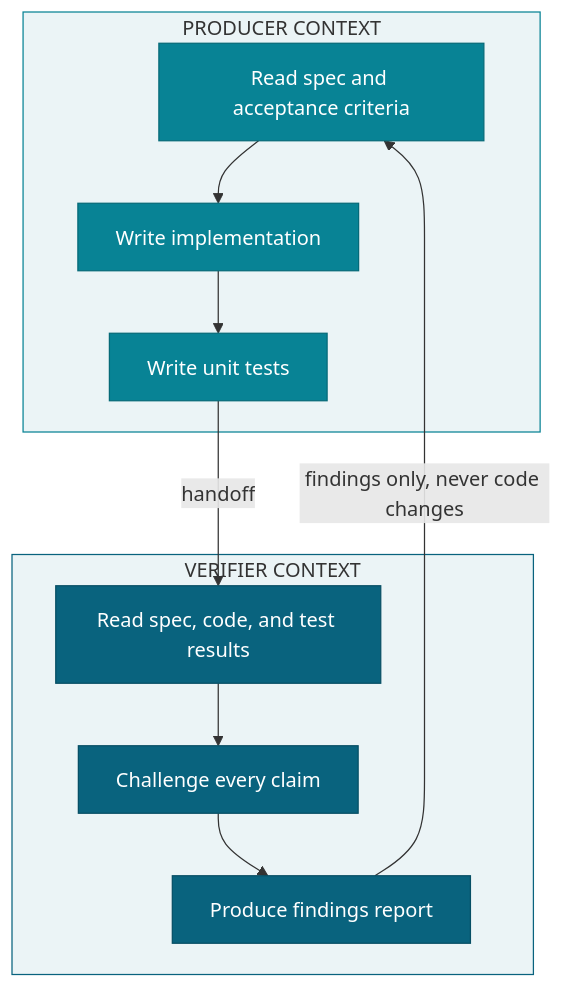
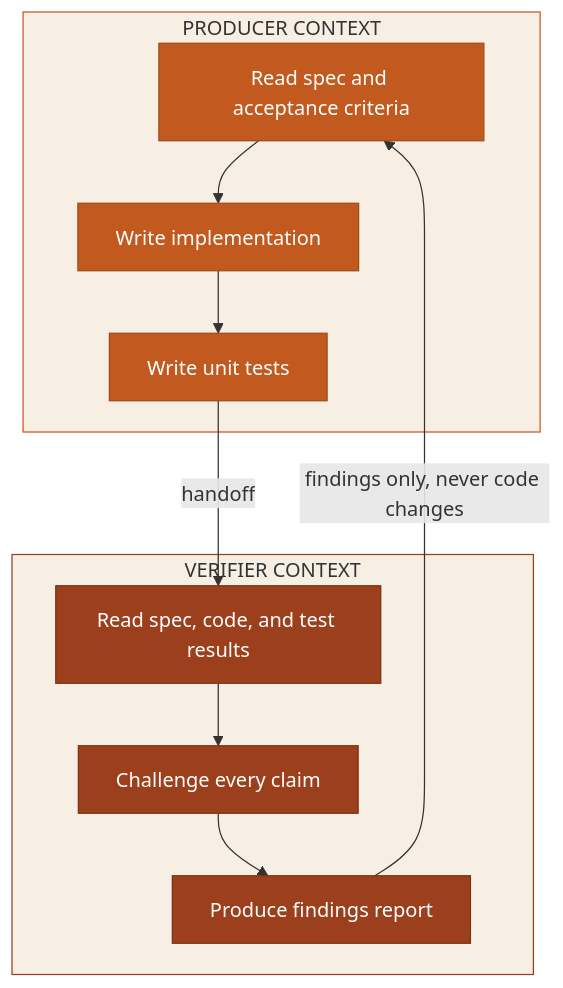
One commit to iamsteveholmes/momentum changed the second of 4 diagrams in docs/philosophy.md. Above: the diagram before and after it, drawn with Mermaid. The commit also changed other lines of this file and 4 other files, not shown here.

````diff
--- a/docs/philosophy.md
+++ b/docs/philosophy.md
@@ -37,28 +37,28 @@
 ```mermaid
 graph TD
     subgraph producer ["PRODUCER CONTEXT"]
         P1["Read spec and acceptance criteria"]
         P2["Write implementation"]
         P3["Write unit tests"]
         P1 --> P2 --> P3
     end
 
     subgraph verifier ["VERIFIER CONTEXT"]
         V1["Read spec, code, and test results"]
         V2["Challenge every claim"]
         V3["Produce findings report"]
         V1 --> V2 --> V3
     end
 
     P3 -- "handoff" --> V1
     V3 -- "findings only, never code changes" --> P1
 
-    style producer fill:#EBF4F6,stroke:#088395,color:#333
-    style verifier fill:#EBF4F6,stroke:#09637E,color:#333
-    style P1 fill:#088395,stroke:#066a78,color:#fff
-    style P2 fill:#088395,stroke:#066a78,color:#fff
-    style P3 fill:#088395,stroke:#066a78,color:#fff
-    style V1 fill:#09637E,stroke:#074f65,color:#fff
-    style V2 fill:#09637E,stroke:#074f65,color:#fff
-    style V3 fill:#09637E,stroke:#074f65,color:#fff
+    style producer fill:#F7EFE3,stroke:#C25A1F,color:#333
+    style verifier fill:#F7EFE3,stroke:#9C3F1C,color:#333
+    style P1 fill:#C25A1F,stroke:#A04A18,color:#fff
+    style P2 fill:#C25A1F,stroke:#A04A18,color:#fff
+    style P3 fill:#C25A1F,stroke:#A04A18,color:#fff
+    style V1 fill:#9C3F1C,stroke:#7E3214,color:#fff
+    style V2 fill:#9C3F1C,stroke:#7E3214,color:#fff
+    style V3 fill:#9C3F1C,stroke:#7E3214,color:#fff
 ```
````
